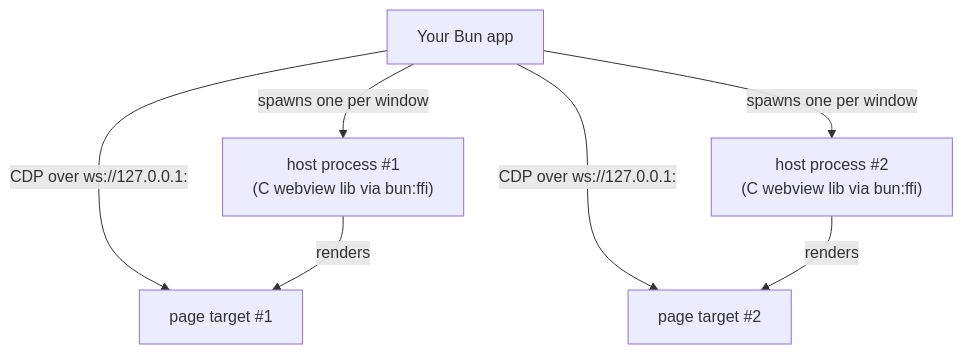
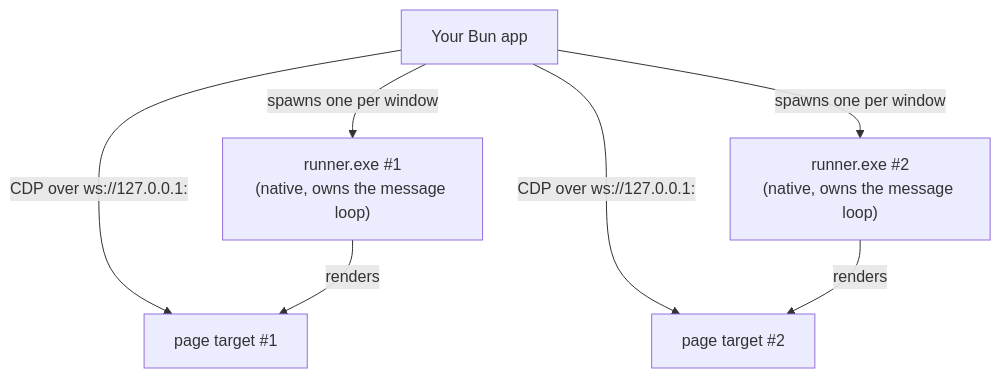
Before and after one commit to abmach/bun-webview2: the diagram in README.md, drawn with Mermaid. The commit also changed other lines of this file and 9 other files, not shown here.

````diff
--- a/README.md
+++ b/README.md
@@ -55,9 +55,9 @@
 ```mermaid
 graph TB
-    A["Your Bun app"] -- "spawns one per window" --> H1["host process #1\n(C webview lib via bun:ffi)"]
-    A -- "spawns one per window" --> H2["host process #2\n(C webview lib via bun:ffi)"]
+    A["Your Bun app"] -- "spawns one per window" --> H1["runner.exe #1\n(native, owns the message loop)"]
+    A -- "spawns one per window" --> H2["runner.exe #2\n(native, owns the message loop)"]
     A -- "CDP over ws://127.0.0.1:<port>" --> P1["page target #1"]
     A -- "CDP over ws://127.0.0.1:<port>" --> P2["page target #2"]
     H1 -- "renders" --> P1
     H2 -- "renders" --> P2
 ```
````
